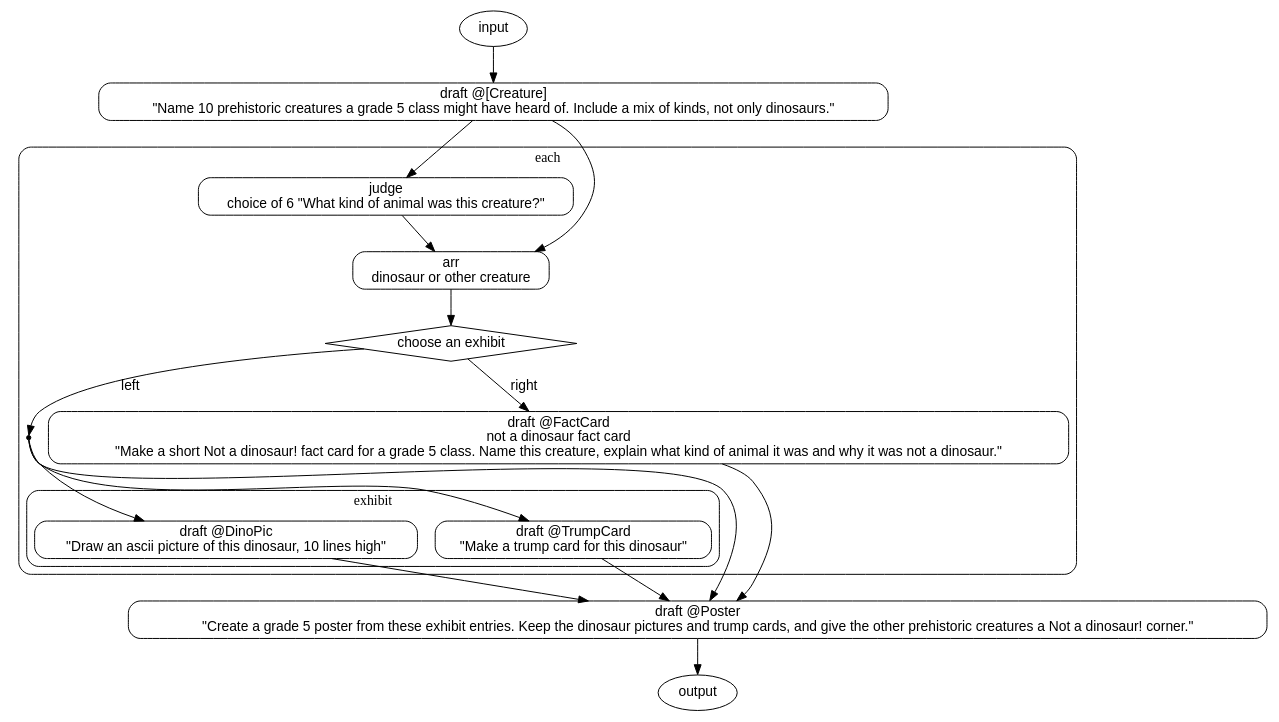
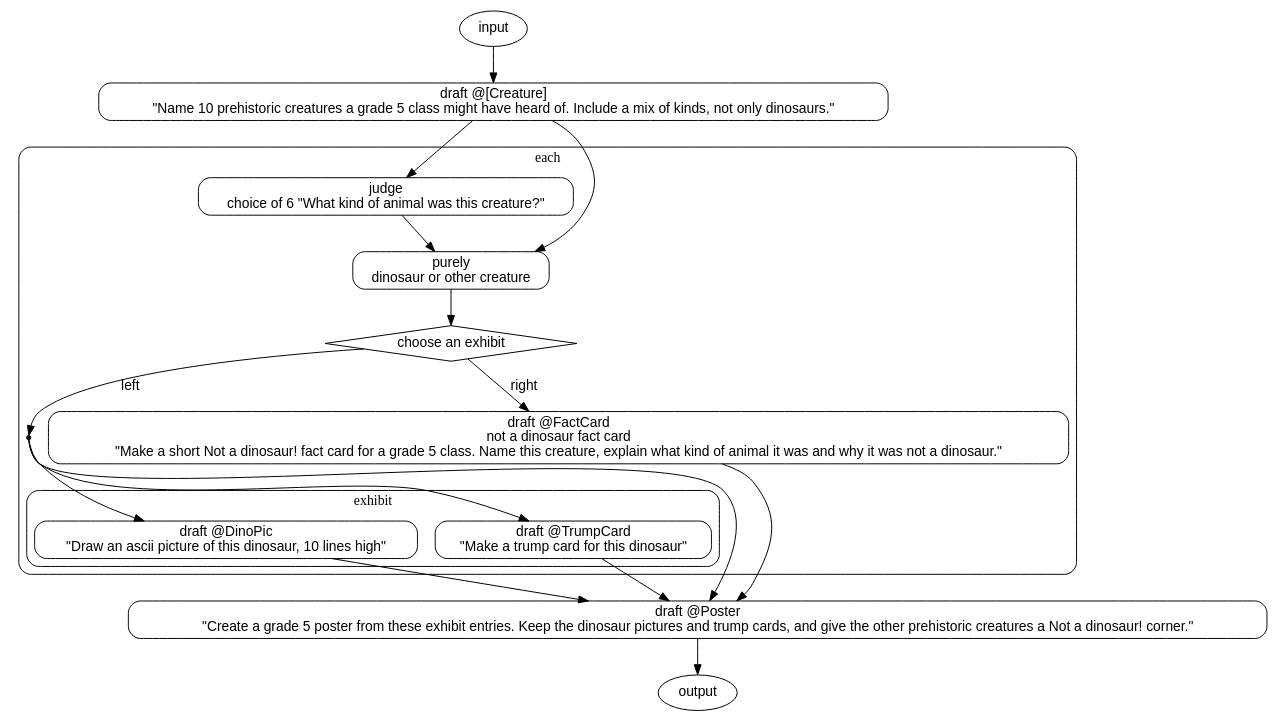
Before and after one commit to drshade/haskell-agentic: the diagram in examples/diagrams/dino.dot, drawn with Graphviz. The commit also changed 49 other files, not shown here.

Commit message:
Generalise repeat predicates to flows and document the calculus

```diff
--- a/examples/diagrams/dino.dot
+++ b/examples/diagrams/dino.dot
@@ -1,38 +1,38 @@
 digraph flow {
   compound=true;
   node [shape=box, style=rounded, fontname="Helvetica"];
   edge [fontname="Helvetica"];
   input [label="input", shape=oval];
   n_flow_seq_0_0 [label="draft @[Creature]\n\"Name 10 prehistoric creatures a grade 5 class might have heard of. Include a mix of kinds, not only dinosaurs.\""];
   subgraph cluster_n_flow_seq_1_seq_0_0 {
     label="each";
     style=rounded;
     n_flow_seq_1_seq_0_each_seq_0_fan_1_0 [label="judge\nchoice of 6 \"What kind of animal was this creature?\""];
-    n_flow_seq_1_seq_0_each_seq_1_seq_0_note_0 [label="arr\ndinosaur or other creature"];
+    n_flow_seq_1_seq_0_each_seq_1_seq_0_note_0 [label="purely\ndinosaur or other creature"];
     n_flow_seq_1_seq_0_each_seq_1_seq_1_note_0 [label="choose an exhibit", shape=diamond, style=solid];
     entry_flow_seq_1_seq_0_each_seq_1_seq_1_note_select_0 [label="", shape=point, width=0.06];
     subgraph cluster_n_flow_seq_1_seq_0_each_seq_1_seq_1_note_choose_0_seq_0_seq_0_0 {
       label="exhibit";
       style=rounded;
       n_flow_seq_1_seq_0_each_seq_1_seq_1_note_choose_0_seq_0_seq_0_note_fan_1_fan_0_0 [label="draft @DinoPic\n\"Draw an ascii picture of this dinosaur, 10 lines high\""];
       n_flow_seq_1_seq_0_each_seq_1_seq_1_note_choose_0_seq_0_seq_0_note_fan_1_fan_1_0 [label="draft @TrumpCard\n\"Make a trump card for this dinosaur\""];
     }
     n_flow_seq_1_seq_0_each_seq_1_seq_1_note_choose_1_seq_0_note_0 [label="draft @FactCard\nnot a dinosaur fact card\n\"Make a short Not a dinosaur! fact card for a grade 5 class. Name this creature, explain what kind of animal it was and why it was not a dinosaur.\""];
   }
   n_flow_seq_1_seq_1_seq_1_0 [label="draft @Poster\n\"Create a grade 5 poster from these exhibit entries. Keep the dinosaur pictures and trump cards, and give the other prehistoric creatures a Not a dinosaur! corner.\""];
   output [label="output", shape=oval];
   input -> n_flow_seq_0_0;
   n_flow_seq_0_0 -> n_flow_seq_1_seq_0_each_seq_0_fan_1_0;
   n_flow_seq_0_0 -> n_flow_seq_1_seq_0_each_seq_1_seq_0_note_0;
   n_flow_seq_1_seq_0_each_seq_0_fan_1_0 -> n_flow_seq_1_seq_0_each_seq_1_seq_0_note_0;
   n_flow_seq_1_seq_0_each_seq_1_seq_0_note_0 -> n_flow_seq_1_seq_0_each_seq_1_seq_1_note_0;
   n_flow_seq_1_seq_0_each_seq_1_seq_1_note_0 -> entry_flow_seq_1_seq_0_each_seq_1_seq_1_note_select_0 [label="left"];
   entry_flow_seq_1_seq_0_each_seq_1_seq_1_note_select_0 -> n_flow_seq_1_seq_0_each_seq_1_seq_1_note_choose_0_seq_0_seq_0_note_fan_1_fan_0_0;
   entry_flow_seq_1_seq_0_each_seq_1_seq_1_note_select_0 -> n_flow_seq_1_seq_0_each_seq_1_seq_1_note_choose_0_seq_0_seq_0_note_fan_1_fan_1_0;
   n_flow_seq_1_seq_0_each_seq_1_seq_1_note_0 -> n_flow_seq_1_seq_0_each_seq_1_seq_1_note_choose_1_seq_0_note_0 [label="right"];
   entry_flow_seq_1_seq_0_each_seq_1_seq_1_note_select_0 -> n_flow_seq_1_seq_1_seq_1_0;
   n_flow_seq_1_seq_0_each_seq_1_seq_1_note_choose_0_seq_0_seq_0_note_fan_1_fan_0_0 -> n_flow_seq_1_seq_1_seq_1_0;
   n_flow_seq_1_seq_0_each_seq_1_seq_1_note_choose_0_seq_0_seq_0_note_fan_1_fan_1_0 -> n_flow_seq_1_seq_1_seq_1_0;
   n_flow_seq_1_seq_0_each_seq_1_seq_1_note_choose_1_seq_0_note_0 -> n_flow_seq_1_seq_1_seq_1_0;
   n_flow_seq_1_seq_1_seq_1_0 -> output;
 }
```
